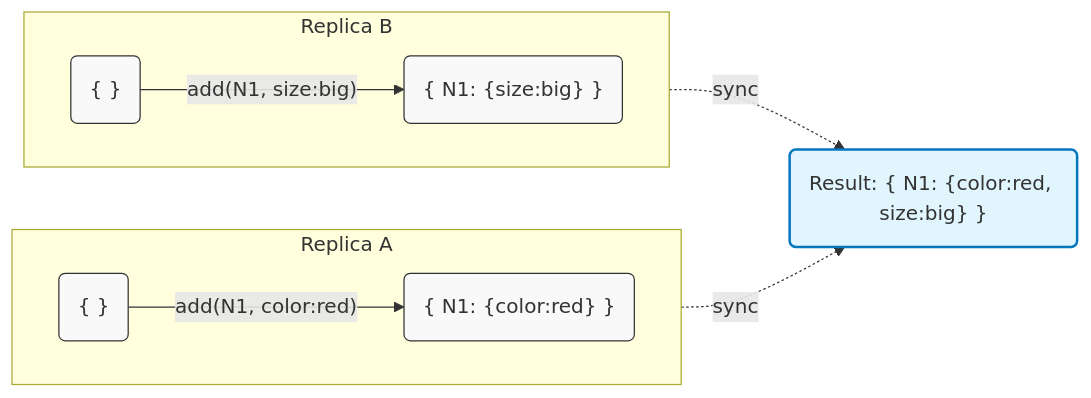
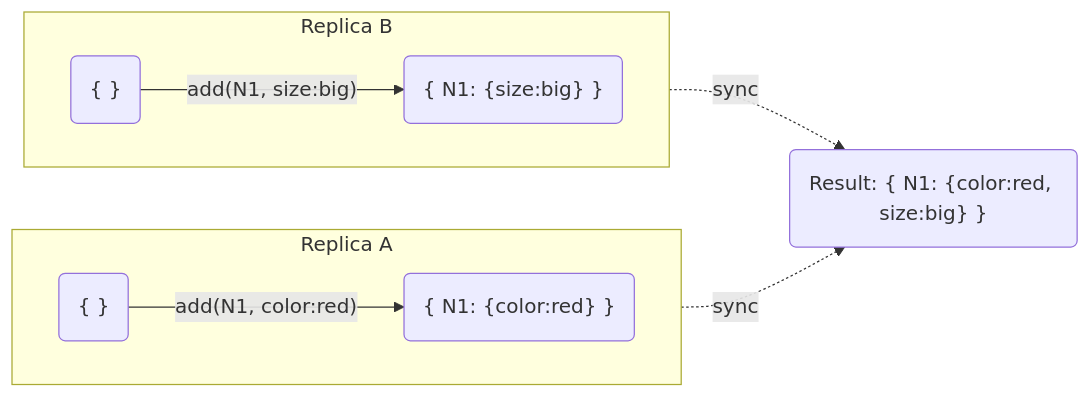
Before and after one commit to MichaLandgram/Property_Graph_CRDT: the fourth of 4 diagrams in MasterReactApp_ts/Thoughts/Architecture/Conflict_Merge_Behaviour.md, drawn with Mermaid. The commit also changed other lines of this file and 3 other files, not shown here.

````diff
--- a/MasterReactApp_ts/Thoughts/Architecture/Conflict_Merge_Behaviour.md
+++ b/MasterReactApp_ts/Thoughts/Architecture/Conflict_Merge_Behaviour.md
@@ -141,25 +140,21 @@
 ```mermaid
 graph LR
-    %% Styles
-    classDef state fill:#f9f9f9,stroke:#333,stroke-width:1px;
-    classDef merge fill:#e1f5fe,stroke:#0277bd,stroke-width:2px;
-
     subgraph Replica A
         direction LR
         A0("{ }") -- "add(N1, color:red)" --> A1("{ N1: {color:red} }")
     end
 
     subgraph Replica B
         direction LR
         B0("{ }") -- "add(N1, size:big)" --> B1("{ N1: {size:big} }")
     end
 
     %% Sync / Merge
     A1 -. "sync" .-> Merge
     B1 -. "sync" .-> Merge
 
     Merge("Result: { N1: {color:red, size:big} }"):::merge
 
     %% Explanation
     class A0,A1,B0,B1 state;
 ```
````
